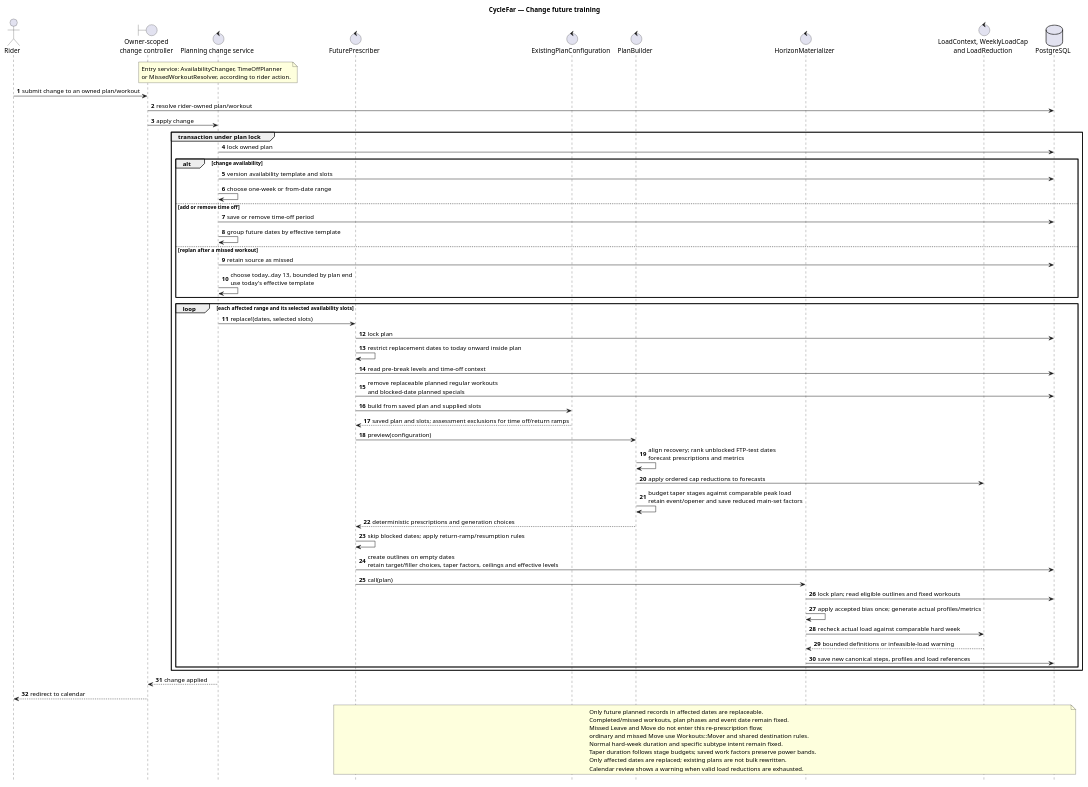
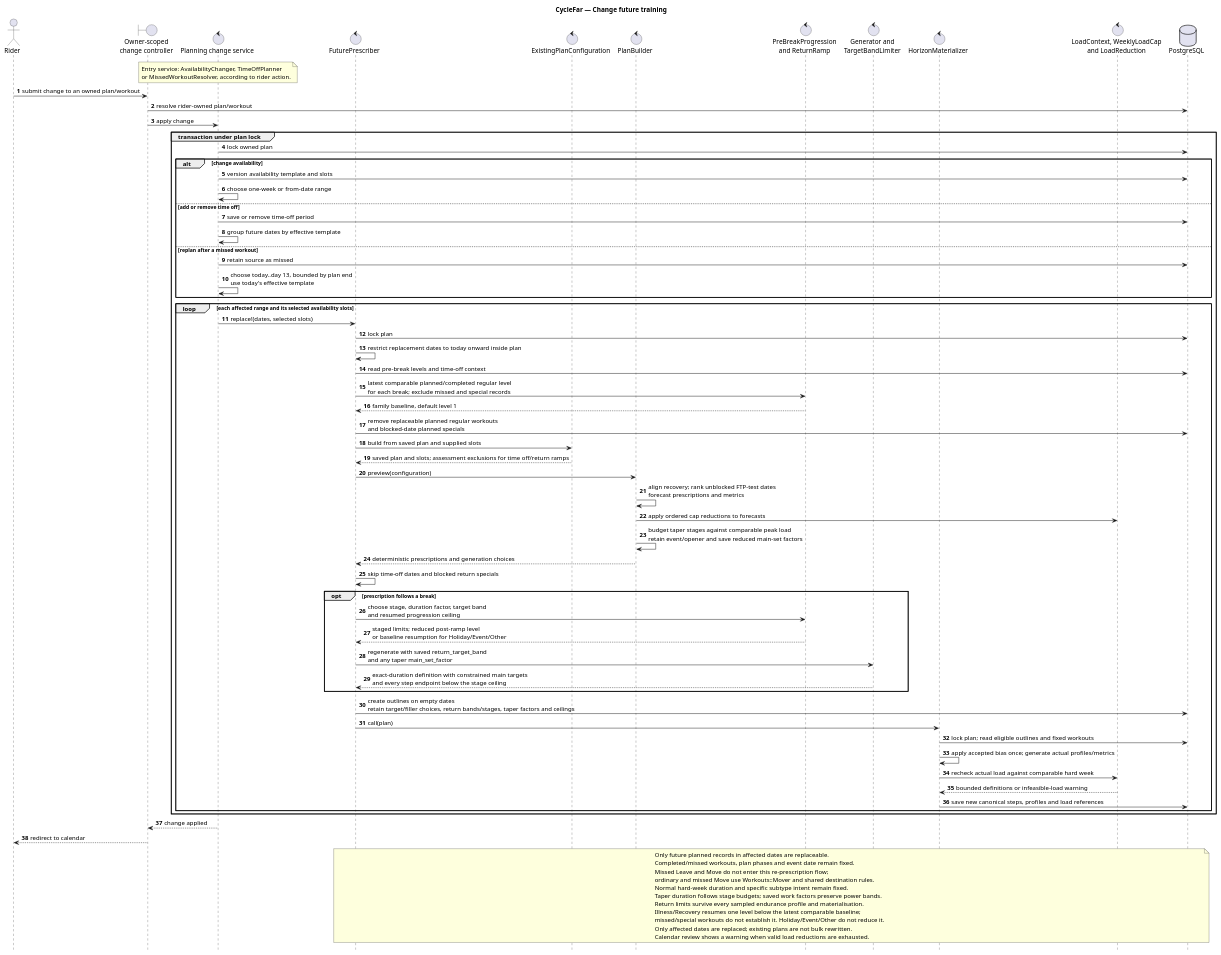
The diagram in docs/diagrams/sequence-cyclefar-future-replanning.puml (richardhartme/cyclefar), drawn with PlantUML before and after one commit. The commit also changed 19 other files, not shown here.

Commit message:
Refresh documentation and diagrams

```diff
--- a/docs/diagrams/sequence-cyclefar-future-replanning.puml
+++ b/docs/diagrams/sequence-cyclefar-future-replanning.puml
@@ -1,74 +1,87 @@
 @startuml
 title CycleFar — Change future training
 
 autonumber
 hide footbox
 
 actor Rider
 boundary "Owner-scoped\nchange controller" as Controller
 control "Planning change service" as ChangeService
 control "FuturePrescriber" as Prescriber
 control "ExistingPlanConfiguration" as ExistingConfiguration
 control "PlanBuilder" as Builder
+control "PreBreakProgression\nand ReturnRamp" as ReturnRules
+control "Generator and\nTargetBandLimiter" as Generator
 control "HorizonMaterializer" as Materializer
 control "LoadContext, WeeklyLoadCap\nand LoadReduction" as LoadRules
 database "PostgreSQL" as Database
 
 note over ChangeService
   Entry service: AvailabilityChanger, TimeOffPlanner
   or MissedWorkoutResolver, according to rider action.
 end note
 
 Rider -> Controller: submit change to an owned plan/workout
 Controller -> Database: resolve rider-owned plan/workout
 Controller -> ChangeService: apply change
 group transaction under plan lock
   ChangeService -> Database: lock owned plan
   alt change availability
     ChangeService -> Database: version availability template and slots
     ChangeService -> ChangeService: choose one-week or from-date range
   else add or remove time off
     ChangeService -> Database: save or remove time-off period
     ChangeService -> ChangeService: group future dates by effective template
   else replan after a missed workout
     ChangeService -> Database: retain source as missed
     ChangeService -> ChangeService: choose today..day 13, bounded by plan end\nuse today's effective template
   end
 
   loop each affected range and its selected availability slots
     ChangeService -> Prescriber: replace!(dates, selected slots)
     Prescriber -> Database: lock plan
     Prescriber -> Prescriber: restrict replacement dates to today onward inside plan
     Prescriber -> Database: read pre-break levels and time-off context
+    Prescriber -> ReturnRules: latest comparable planned/completed regular level\nfor each break; exclude missed and special records
+    ReturnRules --> Prescriber: family baseline, default level 1
     Prescriber -> Database: remove replaceable planned regular workouts\nand blocked-date planned specials
     Prescriber -> ExistingConfiguration: build from saved plan and supplied slots
     ExistingConfiguration --> Prescriber: saved plan and slots; assessment exclusions for time off/return ramps
     Prescriber -> Builder: preview(configuration)
     Builder -> Builder: align recovery; rank unblocked FTP-test dates\nforecast prescriptions and metrics
     Builder -> LoadRules: apply ordered cap reductions to forecasts
     Builder -> Builder: budget taper stages against comparable peak load\nretain event/opener and save reduced main-set factors
     Builder --> Prescriber: deterministic prescriptions and generation choices
-    Prescriber -> Prescriber: skip blocked dates; apply return-ramp/resumption rules
-    Prescriber -> Database: create outlines on empty dates\nretain target/filler choices, taper factors, ceilings and effective levels
+    Prescriber -> Prescriber: skip time-off dates and blocked return specials
+    opt prescription follows a break
+      Prescriber -> ReturnRules: choose stage, duration factor, target band\nand resumed progression ceiling
+      ReturnRules --> Prescriber: staged limits; reduced post-ramp level\nor baseline resumption for Holiday/Event/Other
+      Prescriber -> Generator: regenerate with saved return_target_band\nand any taper main_set_factor
+      Generator --> Prescriber: exact-duration definition with constrained main targets\nand every step endpoint below the stage ceiling
+    end
+    Prescriber -> Database: create outlines on empty dates\nretain target/filler choices, return bands/stages, taper factors and ceilings
     Prescriber -> Materializer: call(plan)
     Materializer -> Database: lock plan; read eligible outlines and fixed workouts
     Materializer -> Materializer: apply accepted bias once; generate actual profiles/metrics
     Materializer -> LoadRules: recheck actual load against comparable hard week
     LoadRules --> Materializer: bounded definitions or infeasible-load warning
     Materializer -> Database: save new canonical steps, profiles and load references
   end
 end
 ChangeService --> Controller: change applied
 Controller --> Rider: redirect to calendar
 
 note over Prescriber, Database
   Only future planned records in affected dates are replaceable.
   Completed/missed workouts, plan phases and event date remain fixed.
   Missed Leave and Move do not enter this re-prescription flow;
   ordinary and missed Move use Workouts::Mover and shared destination rules.
   Normal hard-week duration and specific subtype intent remain fixed.
   Taper duration follows stage budgets; saved work factors preserve power bands.
+  Return limits survive every sampled endurance profile and materialisation.
+  Illness/Recovery resumes one level below the latest comparable baseline;
+  missed/special workouts do not establish it. Holiday/Event/Other do not reduce it.
   Only affected dates are replaced; existing plans are not bulk rewritten.
   Calendar review shows a warning when valid load reductions are exhausted.
 end note
 @enduml
```
